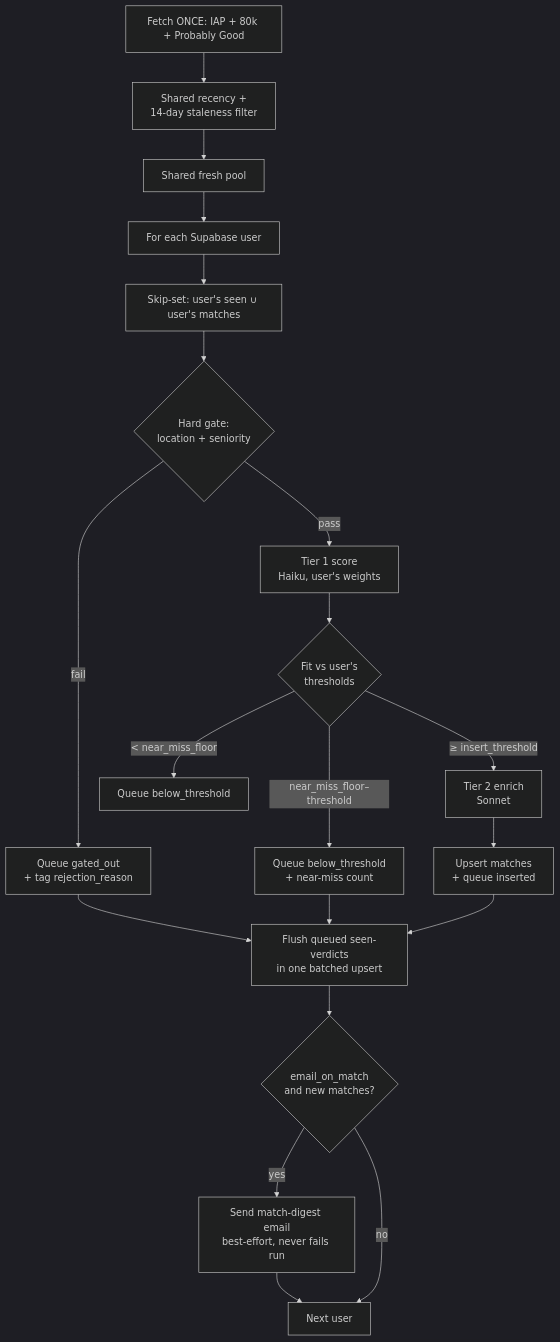
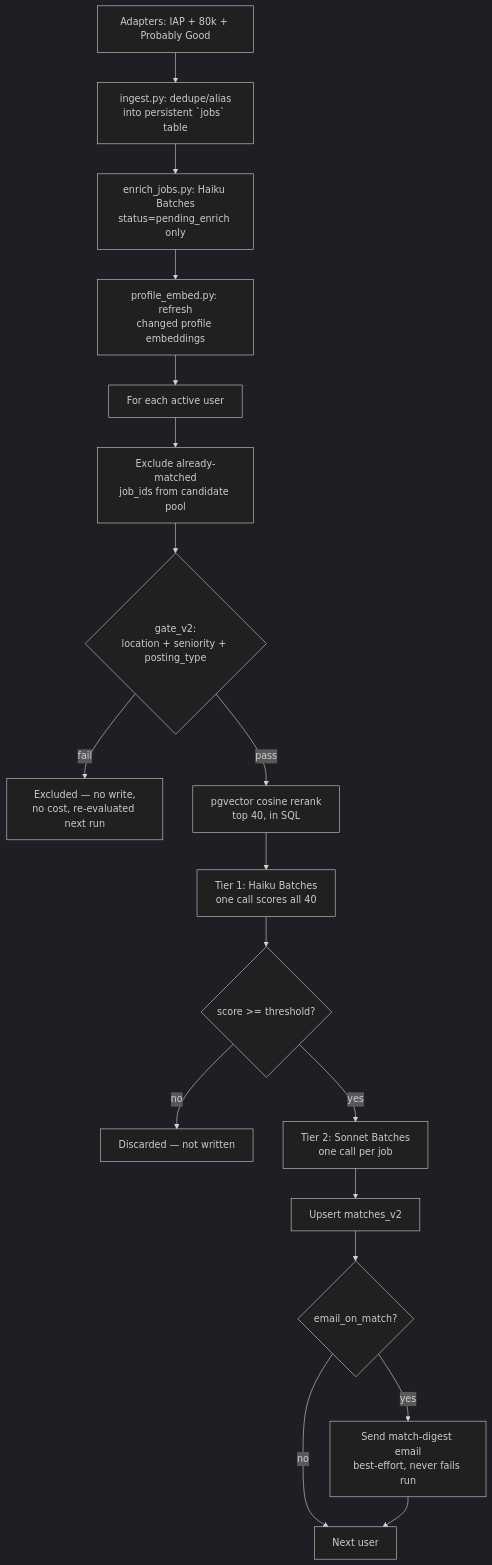
The diagram in README.md (KJSigurdson/job_evaluator), drawn with Mermaid (dark theme) before and after one commit. The commit also changed other lines of this file and 1 other file, not shown here.

First line of the commit message:
Update README/CLAUDE.md to reflect True North v2 as the active pipeline

````diff
--- a/README.md
+++ b/README.md
@@ -11,22 +11,20 @@
 ```mermaid
 flowchart TD
-    A[Fetch ONCE: IAP + 80k + Probably Good] --> B[Shared recency +<br/>14-day staleness filter]
-    B --> C[Shared fresh pool]
-    C --> D[For each Supabase user]
-    D --> E[Skip-set: user's seen ∪ user's matches]
-    E --> F{Hard gate:<br/>location + seniority}
-    F -->|fail| G[Queue gated_out<br/>+ tag rejection_reason]
-    F -->|pass| H[Tier 1 score<br/>Haiku, user's weights]
-    H --> I{Fit vs user's<br/>thresholds}
-    I -->|< near_miss_floor| J[Queue below_threshold]
-    I -->|near_miss_floor–threshold| K[Queue below_threshold<br/>+ near-miss count]
-    I -->|≥ insert_threshold| L[Tier 2 enrich<br/>Sonnet]
-    L --> M[Upsert matches<br/>+ queue inserted]
-    G --> N[Flush queued seen-verdicts<br/>in one batched upsert]
-    K --> N
-    M --> N
-    N --> O{email_on_match<br/>and new matches?}
+    A[Adapters: IAP + 80k + Probably Good] --> B[ingest.py: dedupe/alias<br/>into persistent `jobs` table]
+    B --> C[enrich_jobs.py: Haiku Batches<br/>status=pending_enrich only]
+    C --> D[profile_embed.py: refresh<br/>changed profile embeddings]
+    D --> E[For each active user]
+    E --> F[Exclude already-matched<br/>job_ids from candidate pool]
+    F --> G{gate_v2:<br/>location + seniority + posting_type}
+    G -->|fail| H[Excluded — no write,<br/>no cost, re-evaluated next run]
+    G -->|pass| I[pgvector cosine rerank<br/>top 40, in SQL]
+    I --> J[Tier 1: Haiku Batches<br/>one call scores all 40]
+    J --> K{score >= threshold?}
+    K -->|no| L[Discarded — not written]
+    K -->|yes| M[Tier 2: Sonnet Batches<br/>one call per job]
+    M --> N[Upsert matches_v2]
+    N --> O{email_on_match?}
     O -->|yes| P[Send match-digest email<br/>best-effort, never fails run]
     O -->|no| Q[Next user]
     P --> Q
 ```
````
